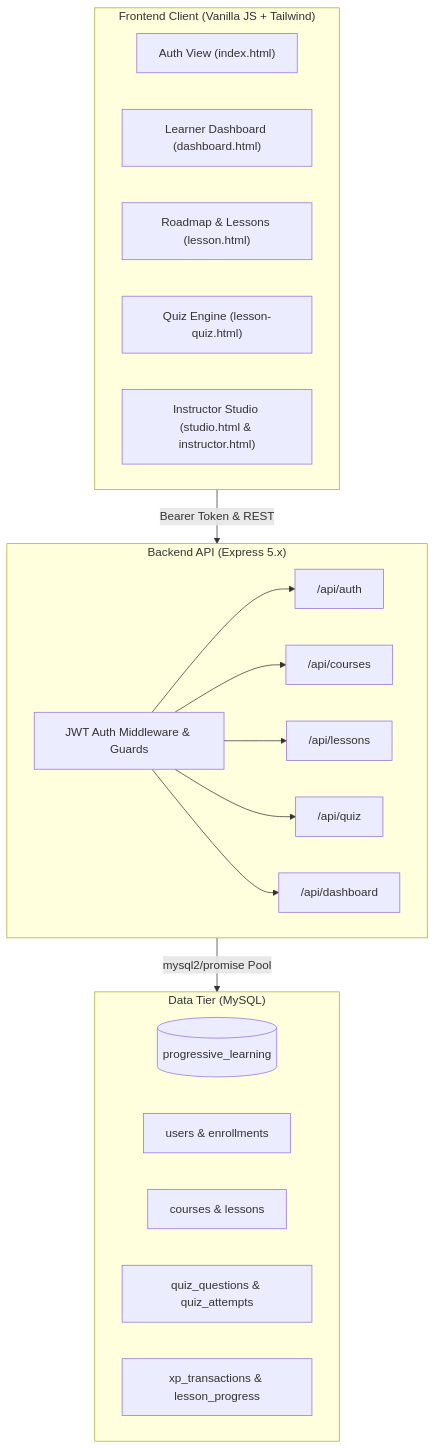
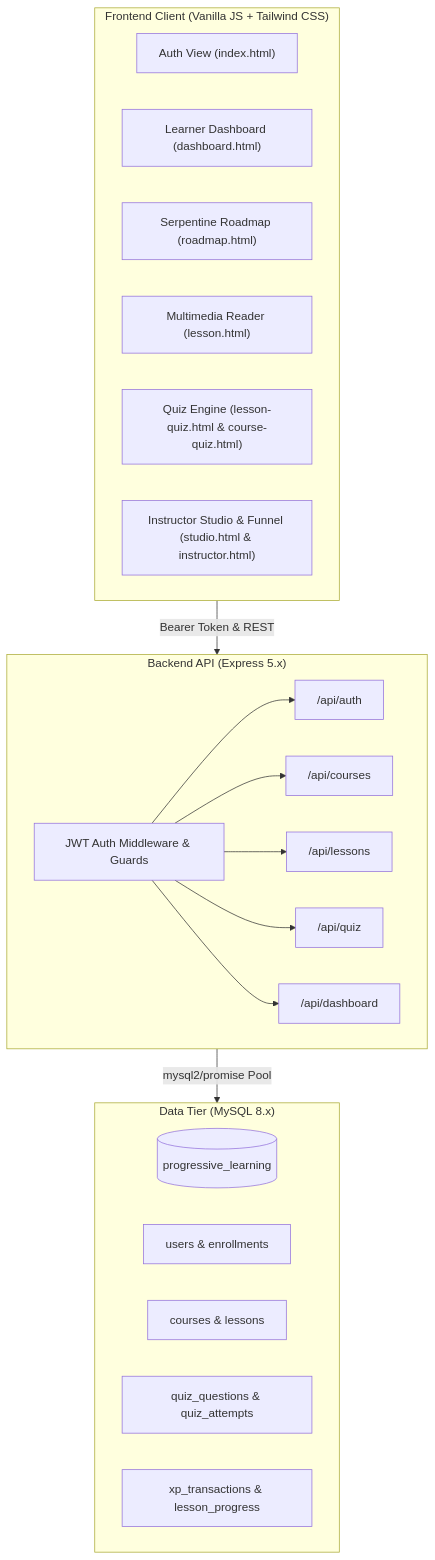
One commit to miradnaan/progressive-learning changed the diagram in README.md. Above: the diagram before and after it, drawn with Mermaid. The commit also changed other lines of this file, not shown here.

Commit message:
docs: update README with PDF documentation links, serpentine roadmap, and platform features

````diff
--- a/README.md
+++ b/README.md
@@ -63,35 +86,36 @@
 ```mermaid
 flowchart TD
-    subgraph Client["Frontend Client (Vanilla JS + Tailwind)"]
+    subgraph Client["Frontend Client (Vanilla JS + Tailwind CSS)"]
         UI_AUTH["Auth View (index.html)"]
         UI_DASH["Learner Dashboard (dashboard.html)"]
-        UI_ROAD["Roadmap & Lessons (lesson.html)"]
-        UI_QUIZ["Quiz Engine (lesson-quiz.html)"]
-        UI_INST["Instructor Studio (studio.html & instructor.html)"]
+        UI_ROAD["Serpentine Roadmap (roadmap.html)"]
+        UI_LESS["Multimedia Reader (lesson.html)"]
+        UI_QUIZ["Quiz Engine (lesson-quiz.html & course-quiz.html)"]
+        UI_INST["Instructor Studio & Funnel (studio.html & instructor.html)"]
     end
 
     subgraph API["Backend API (Express 5.x)"]
         AUTH_MW["JWT Auth Middleware & Guards"]
         ROUTE_AUTH["/api/auth"]
         ROUTE_COURSES["/api/courses"]
         ROUTE_LESSONS["/api/lessons"]
         ROUTE_QUIZ["/api/quiz"]
         ROUTE_DASH["/api/dashboard"]
     end
 
-    subgraph Storage["Data Tier (MySQL)"]
+    subgraph Storage["Data Tier (MySQL 8.x)"]
         DB[(progressive_learning)]
         TBL_USERS["users & enrollments"]
         TBL_CONTENT["courses & lessons"]
         TBL_QUIZ["quiz_questions & quiz_attempts"]
         TBL_XP["xp_transactions & lesson_progress"]
     end
 
     Client -->|Bearer Token & REST| API
     AUTH_MW --> ROUTE_AUTH
     AUTH_MW --> ROUTE_COURSES
     AUTH_MW --> ROUTE_LESSONS
     AUTH_MW --> ROUTE_QUIZ
     AUTH_MW --> ROUTE_DASH
     API -->|mysql2/promise Pool| Storage
 ```
````
